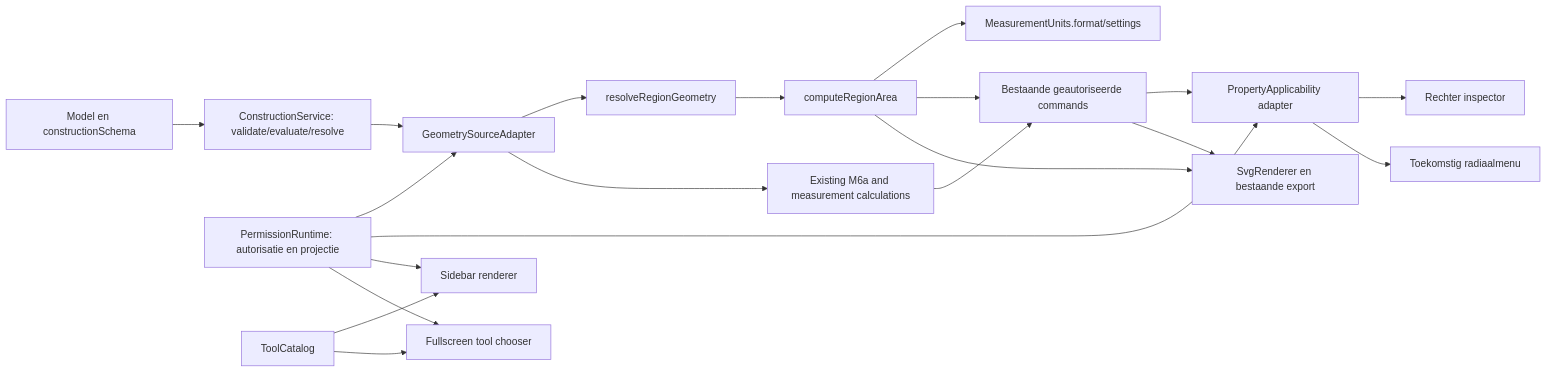
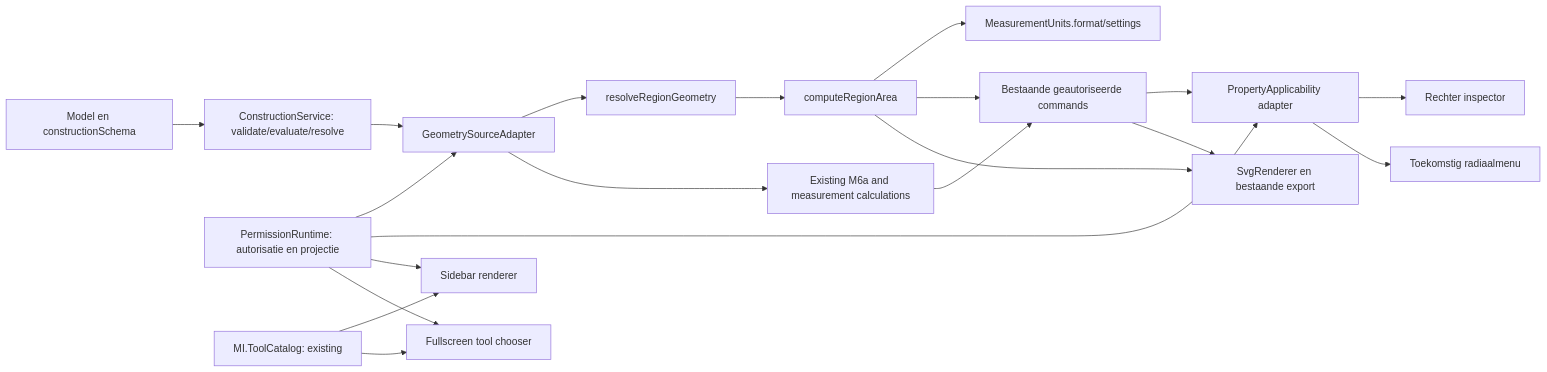
The diagram in docs/CORE-1-ARCHITECTURE-DESIGN.md (Geert1985/wiskundige-illustratie-editor), drawn with Mermaid before and after one commit. The commit also changed other lines of this file and 3 other files, not shown here.

Commit message:
docs: define REG-1 region contract and sync roadmap

````diff
--- a/docs/CORE-1-ARCHITECTURE-DESIGN.md
+++ b/docs/CORE-1-ARCHITECTURE-DESIGN.md
@@ -39,22 +39,22 @@
 ```mermaid
 flowchart LR
   Model[Model en constructionSchema] --> Graph[ConstructionService: validate/evaluate/resolve]
   Runtime[PermissionRuntime: autorisatie en projectie] --> Sources[GeometrySourceAdapter]
   Graph --> Sources
   Sources --> Region[resolveRegionGeometry]
   Region --> Area[computeRegionArea]
   Area --> Units[MeasurementUnits.format/settings]
   Sources --> Existing[Existing M6a and measurement calculations]
   Existing --> Commands[Bestaande geautoriseerde commands]
   Area --> Commands
   Runtime --> Props[PropertyApplicability adapter]
   Commands --> Props
   Props --> Inspector[Rechter inspector]
   Props --> Radial[Toekomstig radiaalmenu]
-  Catalog[ToolCatalog] --> Sidebar[Sidebar renderer]
+  Catalog[MI.ToolCatalog: existing] --> Sidebar[Sidebar renderer]
   Catalog --> Fullscreen[Fullscreen tool chooser]
   Runtime --> Sidebar
   Runtime --> Fullscreen
   Commands --> Renderer[SvgRenderer en bestaande export]
   Area --> Renderer
 ```
````
